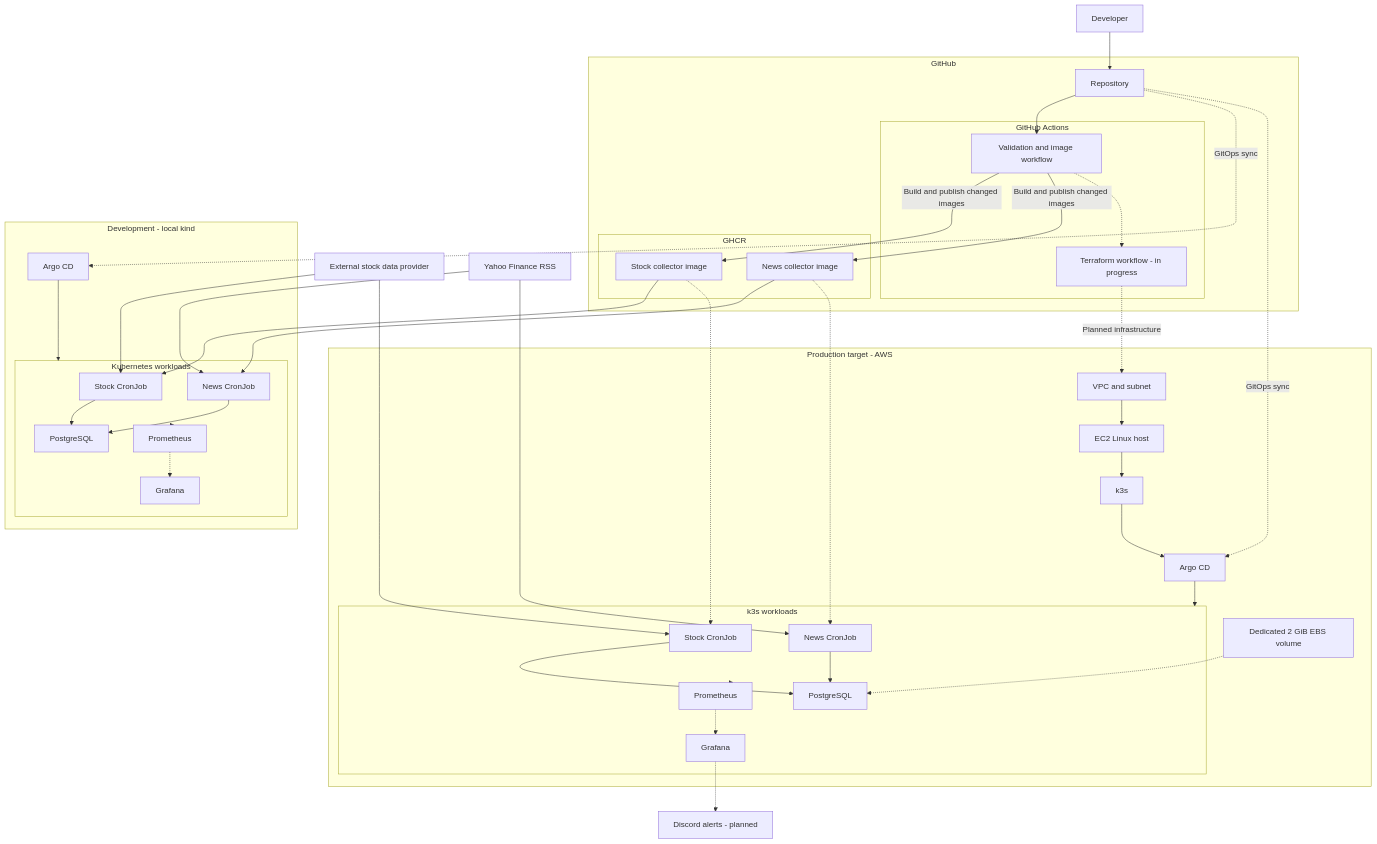
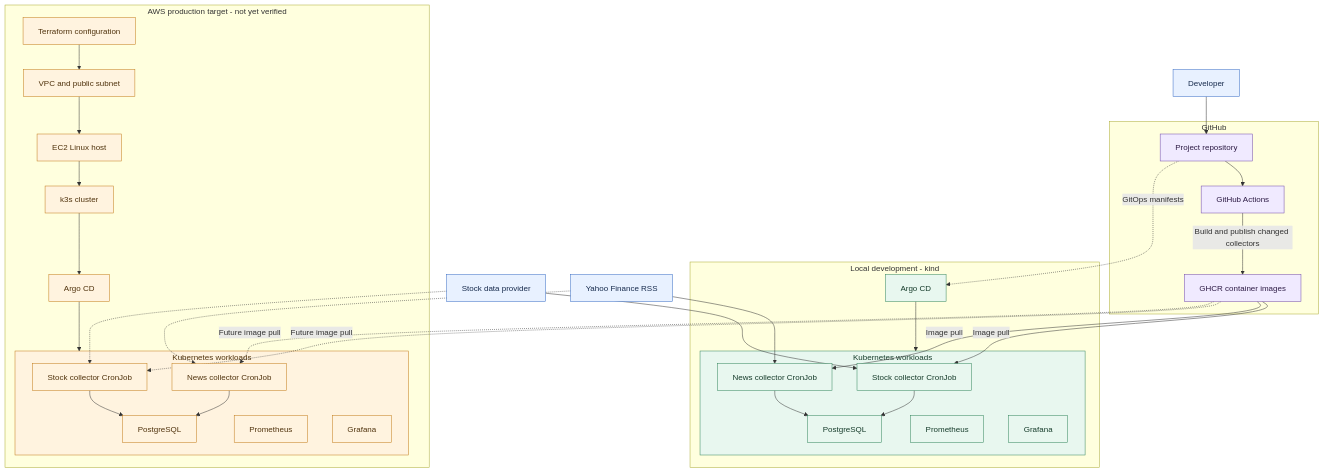
One commit to dandapss/DevOps_Event_Intelligence_Platform changed the diagram in README.md. Above: the diagram before and after it, drawn with Mermaid. The commit also changed other lines of this file and 1 other file, not shown here.

Commit message:
.. [skip ci]

````diff
--- a/README.md
+++ b/README.md
@@ -7,70 +7,64 @@
 ```mermaid
 flowchart TB
-  Dev[Developer]
+  Dev[Developer] --> Repo
 
-  subgraph GitHub["GitHub"]
-    Repo[Repository]
-    subgraph Actions["GitHub Actions"]
-      CI[Validation and image workflow]
-      TF[Terraform workflow - in progress]
-    end
-    subgraph Registry["GHCR"]
-      StockImage[Stock collector image]
-      NewsImage[News collector image]
-    end
-    Repo --> CI
-    CI -->|Build and publish changed images| StockImage
-    CI -->|Build and publish changed images| NewsImage
-    CI -.-> TF
+  subgraph GitHub[GitHub]
+    Repo[Project repository]
+    Actions[GitHub Actions]
+    GHCR[GHCR container images]
+    Repo --> Actions
+    Actions -->|Build and publish changed collectors| GHCR
   end
 
-  Dev --> Repo
-  TF -.->|Planned infrastructure| VPC
-  Repo -.->|GitOps sync| ArgoLocal
-  Repo -.->|GitOps sync| ArgoProd
-
-  subgraph Local["Development - local kind"]
+  subgraph Local[Local development - kind]
     ArgoLocal[Argo CD]
-    subgraph LocalK8s["Kubernetes workloads"]
-      LStock[Stock CronJob]
-      LNews[News CronJob]
-      LPostgres[PostgreSQL]
+    subgraph LocalCluster[Kubernetes workloads]
+      LStock[Stock collector CronJob]
+      LNews[News collector CronJob]
+      LDB[PostgreSQL]
       LProm[Prometheus]
-      LGrafana[Grafana]
+      LGraf[Grafana]
     end
-    ArgoLocal --> LocalK8s
-    LStock --> LPostgres
-    LNews --> LPostgres
-    LocalK8s -.-> LProm
-    LProm -.-> LGrafana
+    ArgoLocal --> LocalCluster
+    LStock --> LDB
+    LNews --> LDB
   end
 
-  subgraph AWS["Production target - AWS"]
-    VPC[VPC and subnet] --> EC2[EC2 Linux host]
-    EC2 --> K3s[k3s]
-    K3s --> ArgoProd[Argo CD]
-    ArgoProd --> ProdK8s
-    subgraph ProdK8s["k3s workloads"]
-      PStock[Stock CronJob]
-      PNews[News CronJob]
-      PPostgres[PostgreSQL]
+  Repo -. GitOps manifests .-> ArgoLocal
+  GHCR -->|Image pull| LStock
+  GHCR -->|Image pull| LNews
+  StockAPI[Stock data provider] --> LStock
+  NewsRSS[Yahoo Finance RSS] --> LNews
+
+  subgraph AWS[AWS production target - not yet verified]
+    TF[Terraform configuration]
+    VPC[VPC and public subnet]
+    EC2[EC2 Linux host]
+    K3s[k3s cluster]
+    ArgoAWS[Argo CD]
+    subgraph AWSCluster[Kubernetes workloads]
+      PStock[Stock collector CronJob]
+      PNews[News collector CronJob]
+      PDB[PostgreSQL]
       PProm[Prometheus]
-      PGrafana[Grafana]
+      PGraf[Grafana]
     end
-    PStock --> PPostgres
-    PNews --> PPostgres
-    ProdK8s -.-> PProm
-    PProm -.-> PGrafana
-    EBS[Dedicated 2 GiB EBS volume] -.-> PPostgres
+    TF --> VPC --> EC2 --> K3s --> ArgoAWS --> AWSCluster
+    PStock --> PDB
+    PNews --> PDB
   end
 
-  StockImage --> LStock
-  NewsImage --> LNews
-  StockImage -.-> PStock
-  NewsImage -.-> PNews
-  StockAPI[External stock data provider] --> LStock
-  StockAPI --> PStock
-  NewsRSS[Yahoo Finance RSS] --> LNews
-  NewsRSS --> PNews
-  PGrafana -.-> Discord[Discord alerts - planned]
+  GHCR -. Future image pull .-> PStock
+  GHCR -. Future image pull .-> PNews
+  StockAPI -.-> PStock
+  NewsRSS -.-> PNews
+
+  classDef source fill:#e8f1ff,stroke:#356ac3,color:#172b4d
+  classDef github fill:#f0eaff,stroke:#7048a8,color:#2d1b45
+  classDef local fill:#e8f7ef,stroke:#31845b,color:#163c2b
+  classDef target fill:#fff3df,stroke:#c17a16,color:#50330d
+  class Dev,StockAPI,NewsRSS source
+  class Repo,Actions,GHCR github
+  class ArgoLocal,LocalCluster,LStock,LNews,LDB,LProm,LGraf local
+  class TF,VPC,EC2,K3s,ArgoAWS,AWSCluster,PStock,PNews,PDB,PProm,PGraf target
 ```
````
